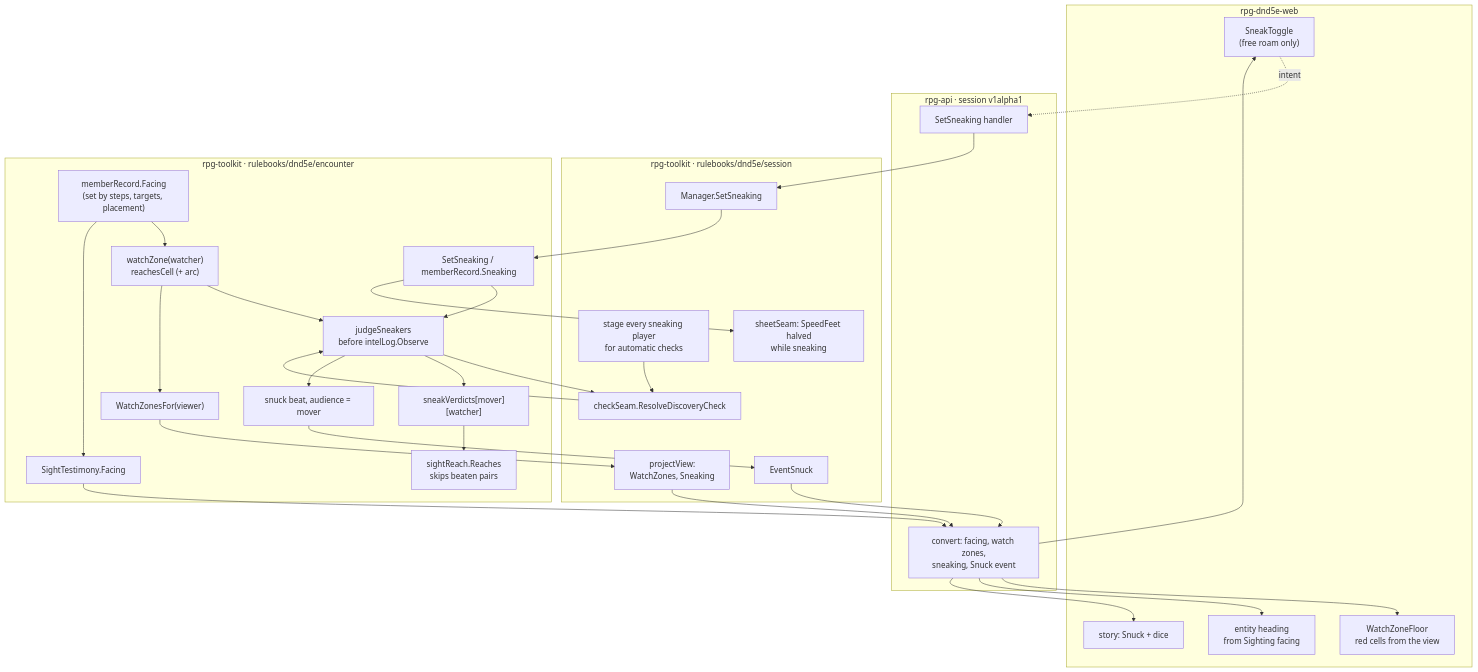
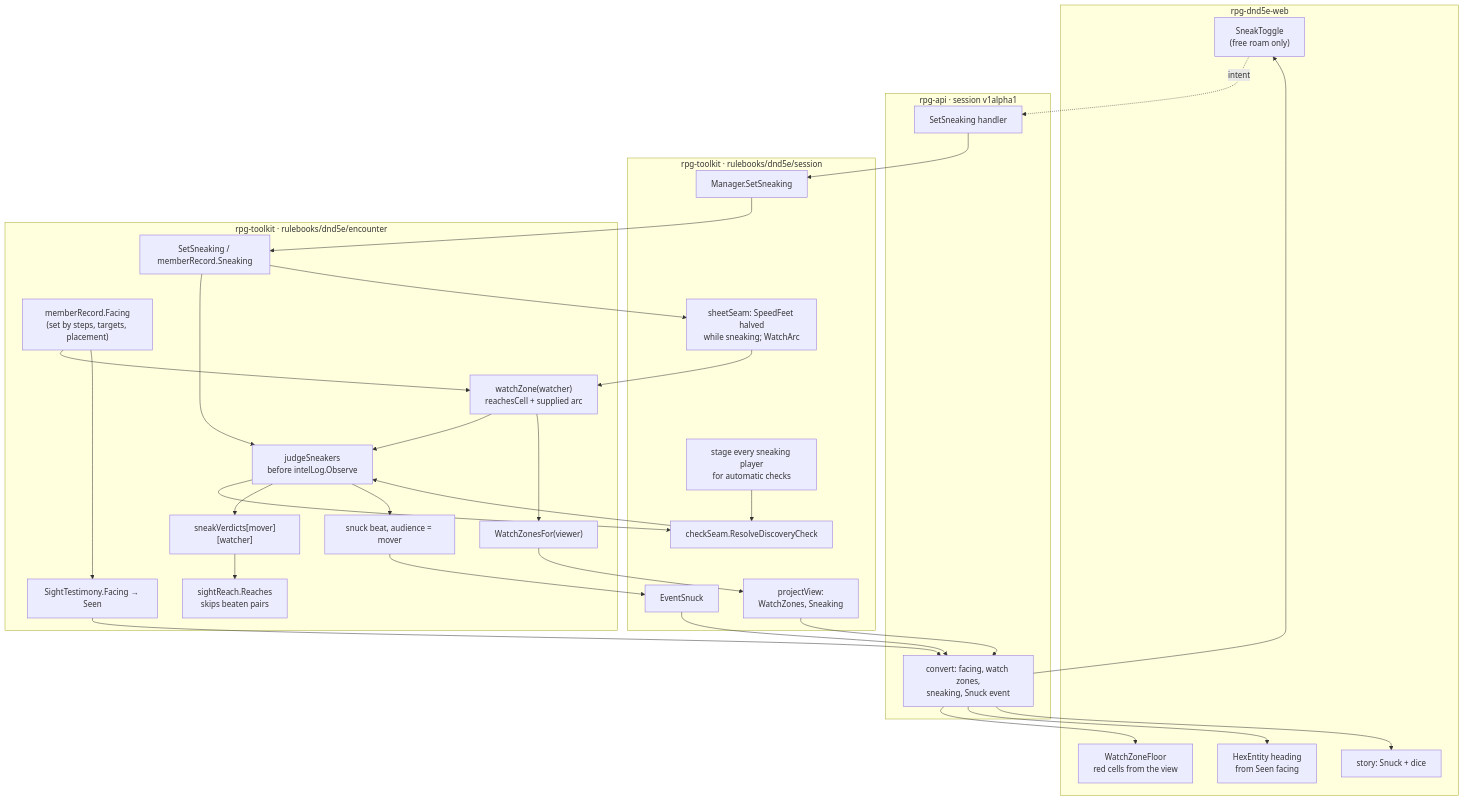
Before and after one commit to KirkDiggler/rpg-project: the diagram in ideas/sneaking/README.md, drawn with Mermaid. The commit also changed other lines of this file and 2 other files, not shown here.

First line of the commit message:
sneaking: fold the review of the design PR

````diff
--- a/ideas/sneaking/README.md
+++ b/ideas/sneaking/README.md
@@ -27,43 +27,44 @@
 ```mermaid
 flowchart TB
     subgraph web[rpg-dnd5e-web]
         Tog["SneakToggle<br/>(free roam only)"]
         Red["WatchZoneFloor<br/>red cells from the view"]
-        Head["entity heading<br/>from Sighting facing"]
+        Head["HexEntity heading<br/>from Seen facing"]
         Sto["story: Snuck + dice"]
     end
     subgraph api[rpg-api · session v1alpha1]
         H["SetSneaking handler"]
         C["convert: facing, watch zones,<br/>sneaking, Snuck event"]
     end
     subgraph ses[rpg-toolkit · rulebooks/dnd5e/session]
         MS["Manager.SetSneaking"]
         ST["stage every sneaking player<br/>for automatic checks"]
         CS["checkSeam.ResolveDiscoveryCheck"]
-        SH["sheetSeam: SpeedFeet halved<br/>while sneaking"]
+        SH["sheetSeam: SpeedFeet halved<br/>while sneaking; WatchArc"]
         PV["projectView:<br/>WatchZones, Sneaking"]
         EV["EventSnuck"]
     end
     subgraph enc[rpg-toolkit · rulebooks/dnd5e/encounter]
         SS["SetSneaking / memberRecord.Sneaking"]
         FA["memberRecord.Facing<br/>(set by steps, targets, placement)"]
-        ZN["watchZone(watcher)<br/>reachesCell (+ arc)"]
+        ZN["watchZone(watcher)<br/>reachesCell + supplied arc"]
         JD["judgeSneakers<br/>before intelLog.Observe"]
         VD["sneakVerdicts[mover][watcher]"]
         RC["sightReach.Reaches<br/>skips beaten pairs"]
         SB["snuck beat, audience = mover"]
         WZ["WatchZonesFor(viewer)"]
-        TS["SightTestimony.Facing"]
+        TS["SightTestimony.Facing → Seen"]
     end
     Tog -. intent .-> H --> MS --> SS
     FA --> ZN --> JD
     SS --> JD
     JD --> CS --> JD
     JD --> VD --> RC
     JD --> SB --> EV --> C
     ZN --> WZ --> PV --> C
     FA --> TS --> C
     SS --> SH
+    SH --> ZN
     ST --> CS
     C --> Red & Head & Sto & Tog
 ```
````
